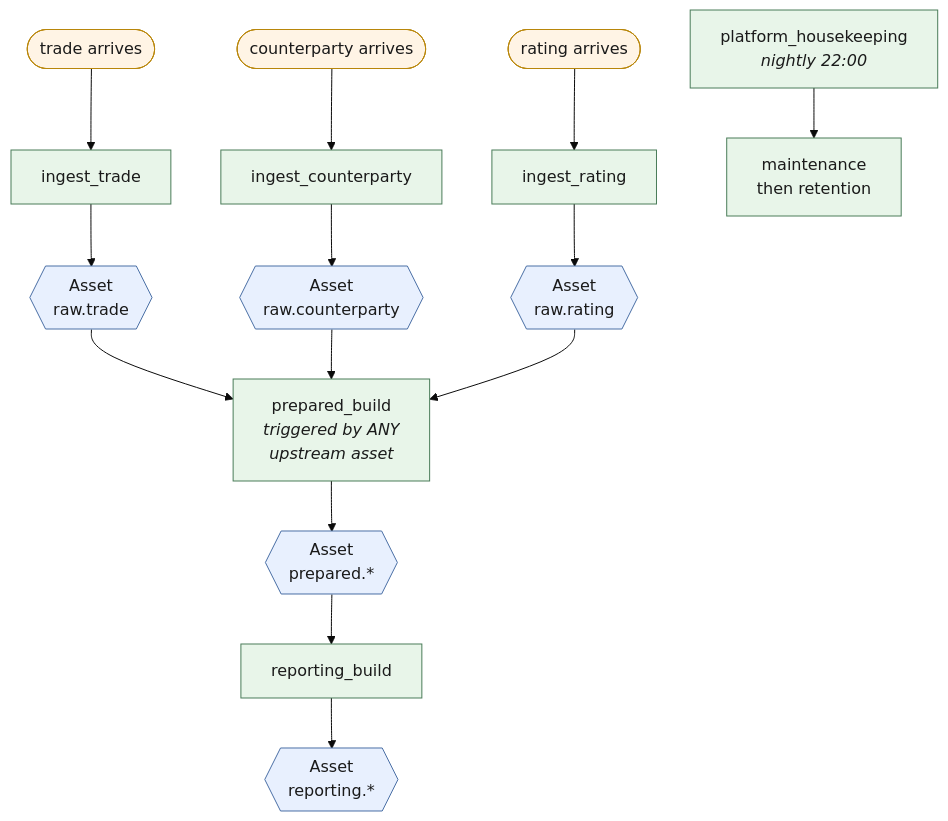
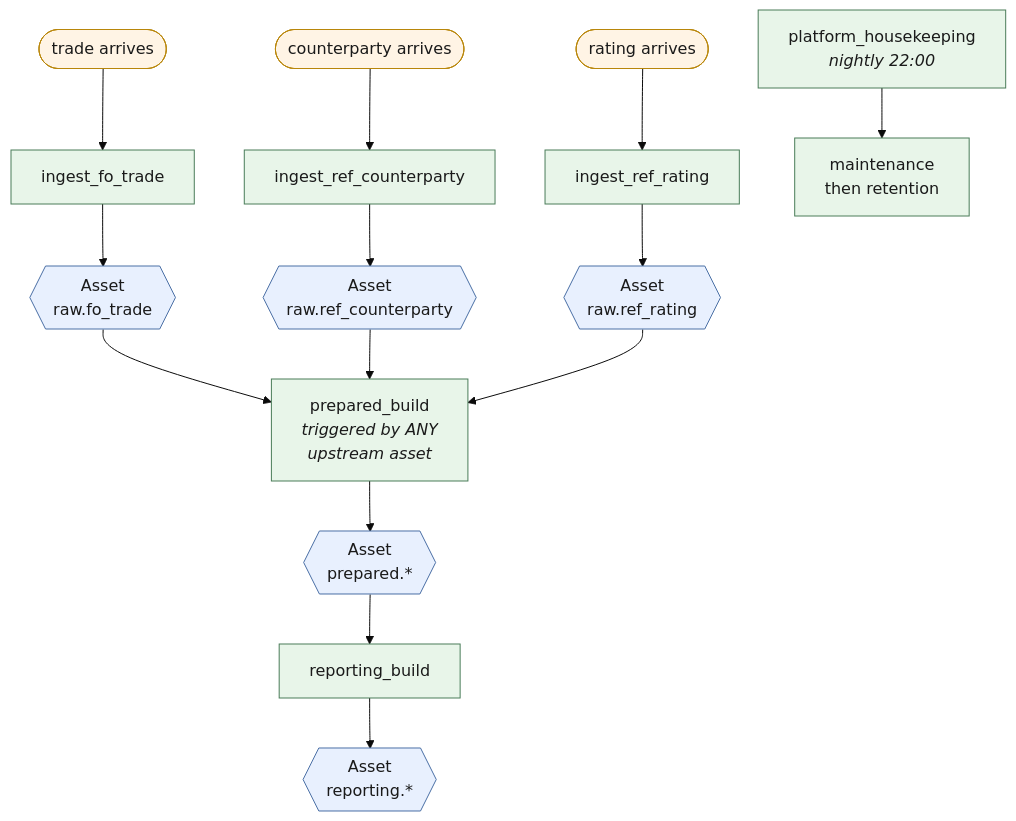
One commit to RichardFellows/reporting-platform-local changed the fourth of 4 diagrams in README.md. Above: the diagram before and after it, drawn with Mermaid (base theme). The commit also changed other lines of this file and 25 other files, not shown here.

````diff
--- a/README.md
+++ b/README.md
@@ -128,27 +128,27 @@
 ```mermaid
 flowchart TB
-    T(["trade arrives"]) --> IT["ingest_trade"]
-    C(["counterparty arrives"]) --> IC["ingest_counterparty"]
-    R(["rating arrives"]) --> IR["ingest_rating"]
+    T(["trade arrives"]) --> IT["ingest_fo_trade"]
+    C(["counterparty arrives"]) --> IC["ingest_ref_counterparty"]
+    R(["rating arrives"]) --> IR["ingest_ref_rating"]
 
-    IT --> AT{{"Asset<br/>raw.trade"}}
-    IC --> AC{{"Asset<br/>raw.counterparty"}}
-    IR --> AR{{"Asset<br/>raw.rating"}}
+    IT --> AT{{"Asset<br/>raw.fo_trade"}}
+    IC --> AC{{"Asset<br/>raw.ref_counterparty"}}
+    IR --> AR{{"Asset<br/>raw.ref_rating"}}
 
     AT --> PB["prepared_build<br/><i>triggered by ANY<br/>upstream asset</i>"]
     AC --> PB
     AR --> PB
 
     PB --> AP{{"Asset<br/>prepared.*"}}
     AP --> RB["reporting_build"]
     RB --> ARP{{"Asset<br/>reporting.*"}}
 
     HK["platform_housekeeping<br/><i>nightly 22:00</i>"] --> MNT["maintenance<br/>then retention"]
 
     classDef feed fill:#fff4e5,stroke:#b8860b,color:#1a1a1a
     classDef task fill:#e8f5e9,stroke:#4a7c59,color:#1a1a1a
     classDef asset fill:#e8f0fe,stroke:#4a6fa5,color:#1a1a1a
     class T,C,R feed
     class IT,IC,IR,PB,RB,HK,MNT task
     class AT,AC,AR,AP,ARP asset
 ```
````
